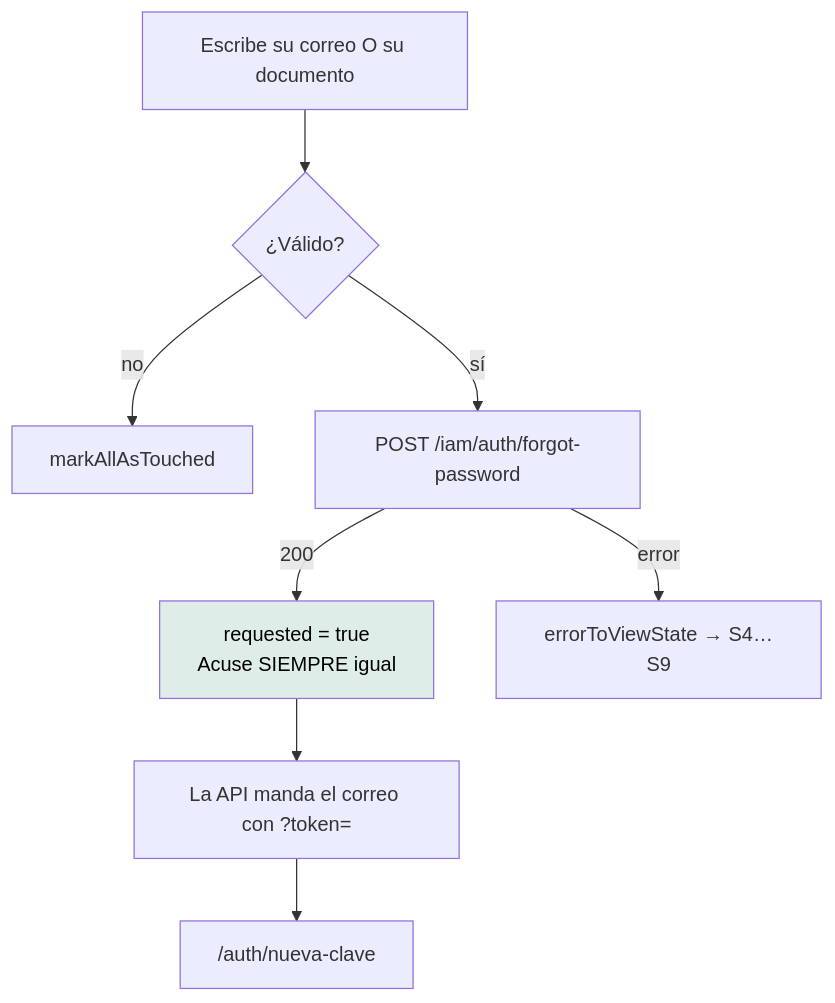
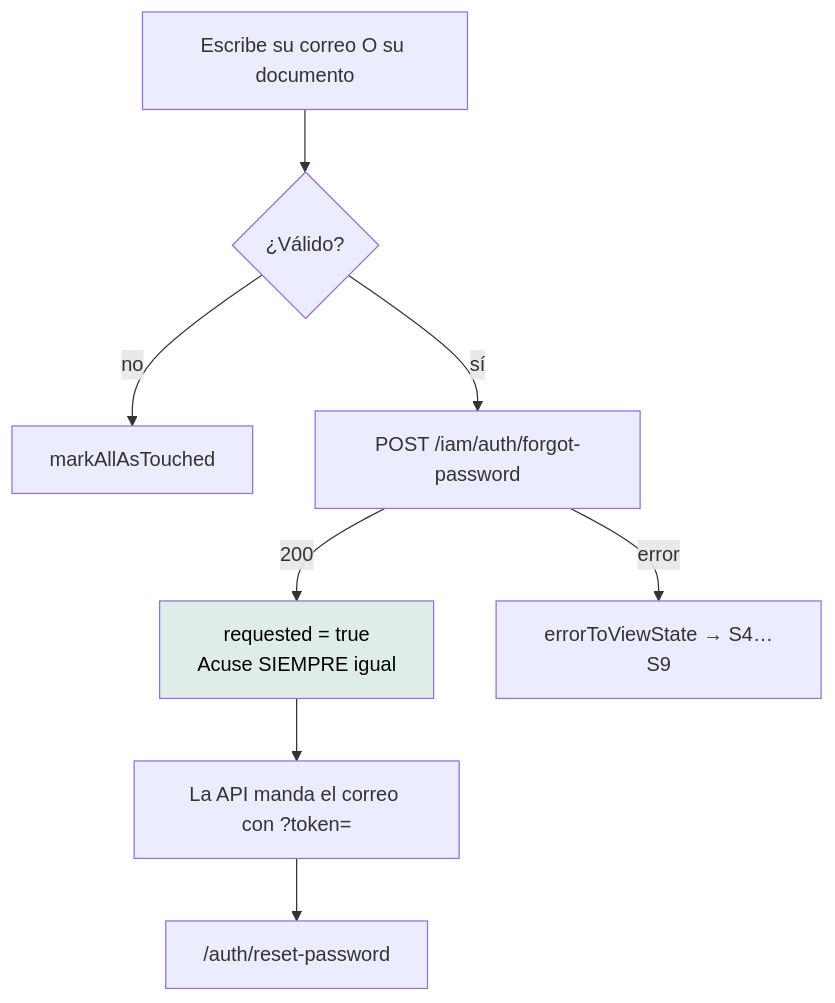
The diagram in docs/routes/auth-forgot-password.md (mdavila-2001/mantra-core-health), drawn with Mermaid before and after one commit. The commit also changed other lines of this file and 234 other files, not shown here.

````diff
--- a/docs/routes/auth-forgot-password.md
+++ b/docs/routes/auth-forgot-password.md
@@ -25,12 +25,12 @@
 ```mermaid
 graph TD
   A["Escribe su correo O su documento"] --> B{"¿Válido?"}
   B -->|no| C["markAllAsTouched"]
   B -->|sí| D["POST /iam/auth/forgot-password"]
   D -->|200| E["requested = true<br/>Acuse SIEMPRE igual"]
   D -->|error| F["errorToViewState → S4…S9"]
   E --> G["La API manda el correo con ?token="]
-  G --> H["/auth/nueva-clave"]
+  G --> H["/auth/reset-password"]
 
   style E fill:#DFEDE9,color:#000
 ```
````
